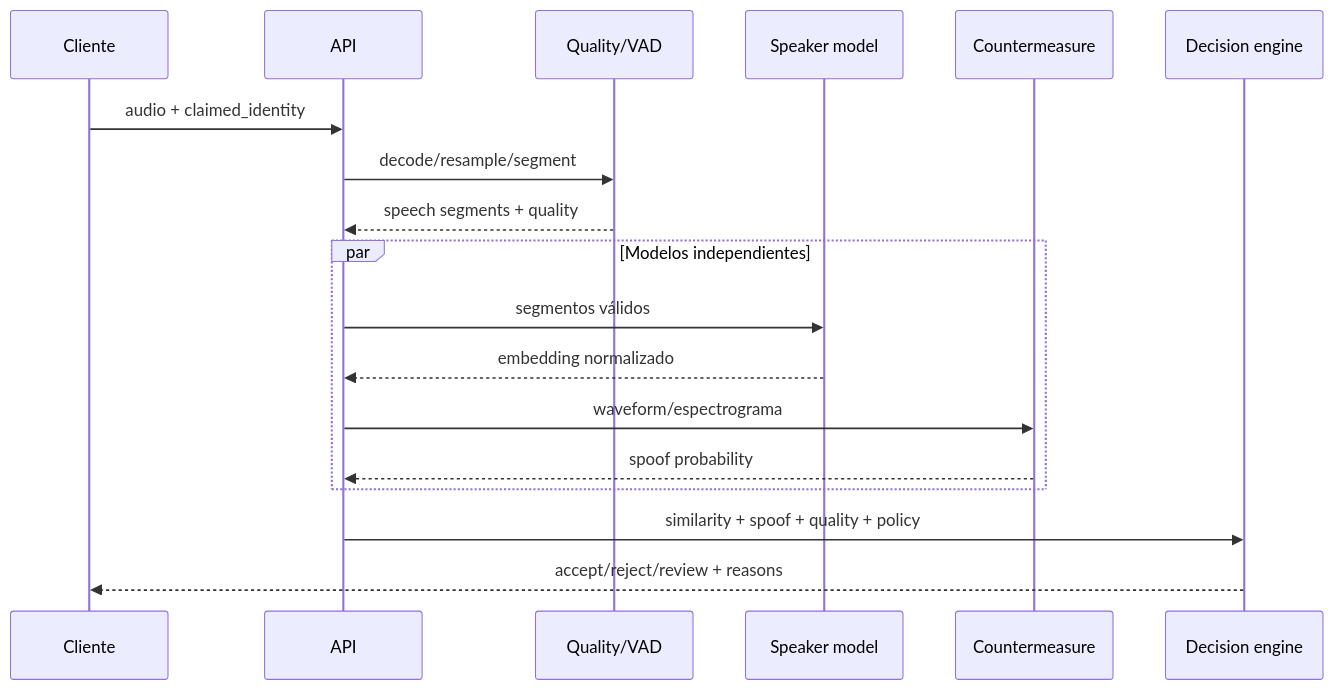
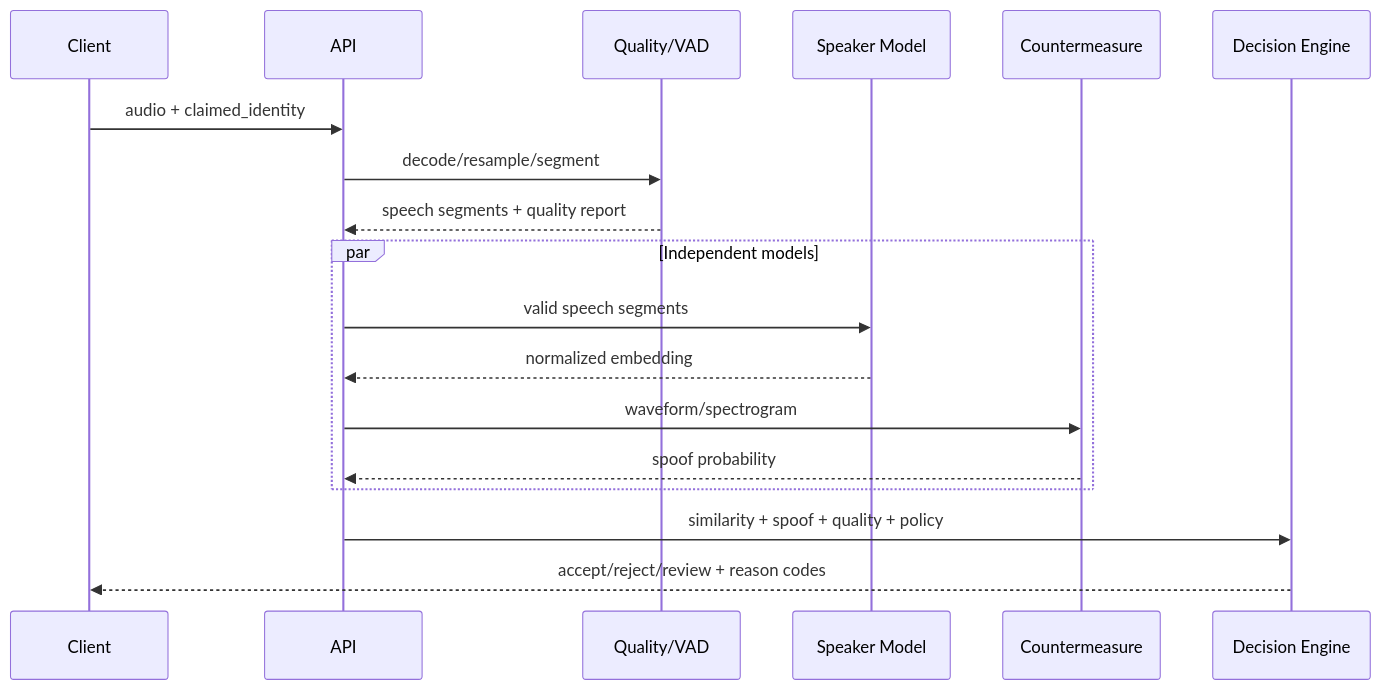
One commit to ddddaaa1/VoiceID changed the diagram in docs/architecture.md. Above: the diagram before and after it, drawn with Mermaid. The commit also changed other lines of this file and 3 other files, not shown here.

````diff
--- a/docs/architecture.md
+++ b/docs/architecture.md
@@ -15,21 +15,21 @@
 ```mermaid
 sequenceDiagram
-    participant C as Cliente
+    participant C as Client
     participant API as API
     participant Q as Quality/VAD
-    participant SV as Speaker model
+    participant SV as Speaker Model
     participant CM as Countermeasure
-    participant DE as Decision engine
+    participant DE as Decision Engine
 
     C->>API: audio + claimed_identity
     API->>Q: decode/resample/segment
-    Q-->>API: speech segments + quality
-    par Modelos independientes
-        API->>SV: segmentos válidos
-        SV-->>API: embedding normalizado
-        API->>CM: waveform/espectrograma
+    Q-->>API: speech segments + quality report
+    par Independent models
+        API->>SV: valid speech segments
+        SV-->>API: normalized embedding
+        API->>CM: waveform/spectrogram
         CM-->>API: spoof probability
     end
     API->>DE: similarity + spoof + quality + policy
-    DE-->>C: accept/reject/review + reasons
+    DE-->>C: accept/reject/review + reason codes
 ```
````
